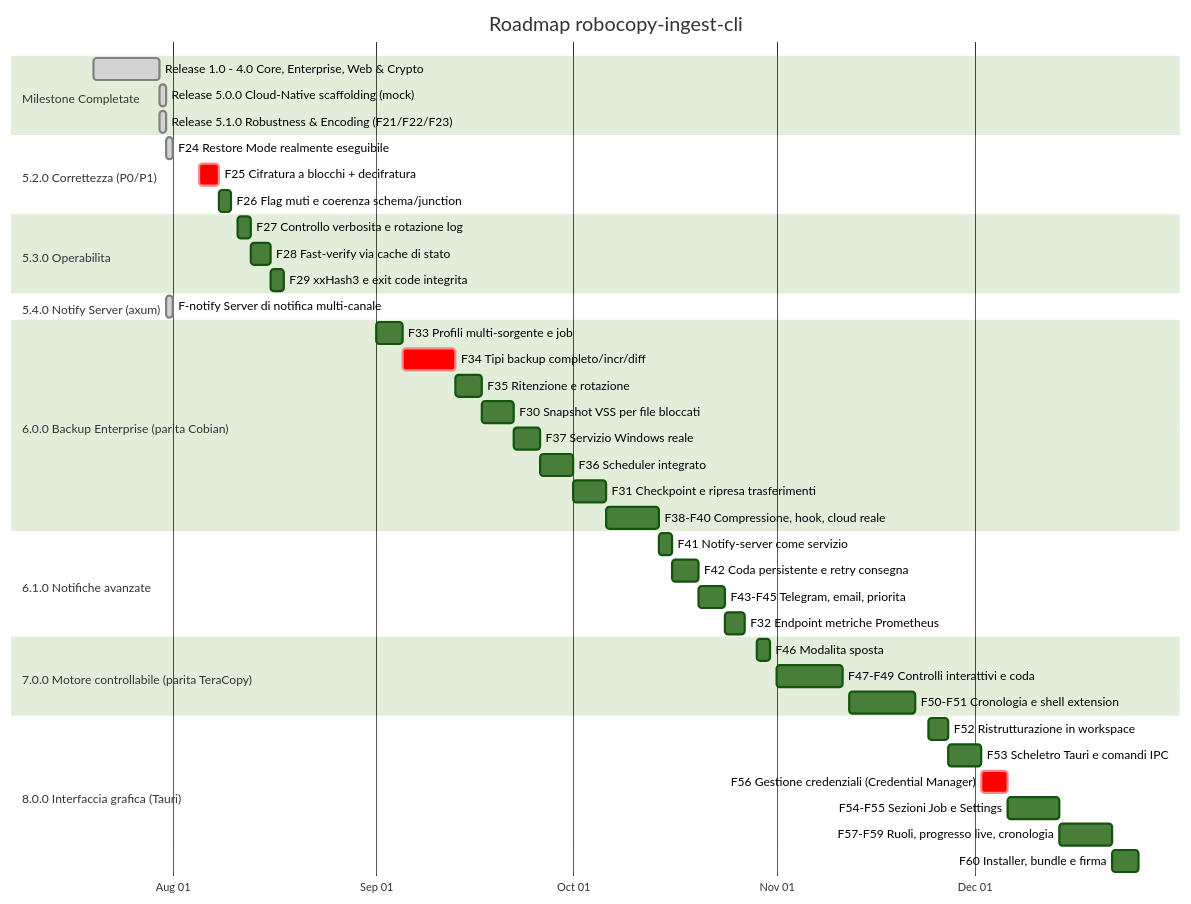
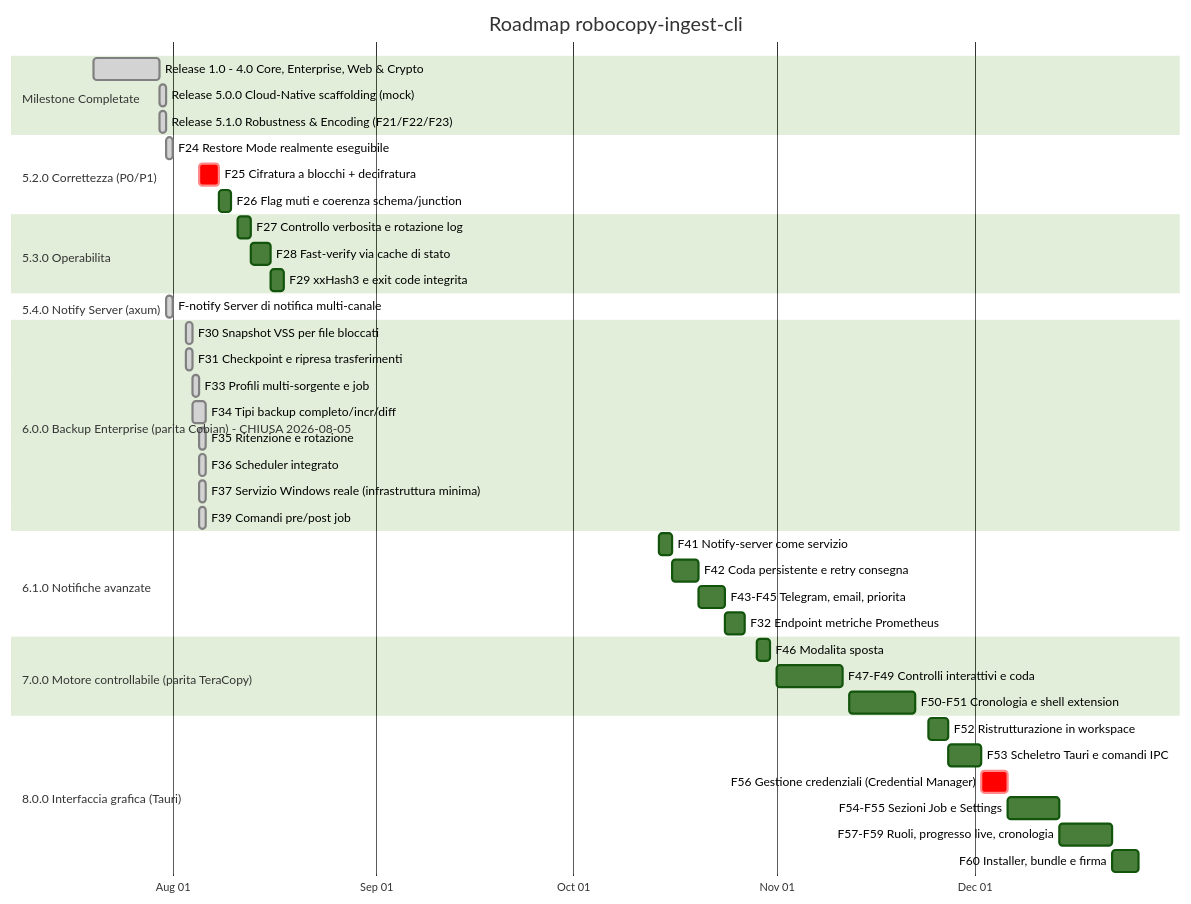
One commit to matrixNeo76/rustcopy changed the diagram in ROADMAP.md. Above: the diagram before and after it, drawn with Mermaid (forest theme). The commit also changed other lines of this file and 7 other files, not shown here.

````diff
--- a/ROADMAP.md
+++ b/ROADMAP.md
@@ -16,53 +22,53 @@
 ```mermaid
 gantt
     title Roadmap robocopy-ingest-cli
     dateFormat YYYY-MM-DD
     axisFormat %b %d
 
     section Milestone Completate
     Release 1.0 - 4.0 Core, Enterprise, Web & Crypto :done, m1, 2026-07-20, 10d
     Release 5.0.0 Cloud-Native scaffolding (mock)     :done, m2, 2026-07-30, 1d
     Release 5.1.0 Robustness & Encoding (F21/F22/F23) :done, m3, 2026-07-30, 1d
 
     section 5.2.0 Correttezza (P0/P1)
     F24 Restore Mode realmente eseguibile             :done, f24, 2026-07-31, 1d
     F25 Cifratura a blocchi + decifratura             :crit, f25, 2026-08-05, 3d
     F26 Flag muti e coerenza schema/junction          :f26, 2026-08-08, 2d
 
     section 5.3.0 Operabilita
     F27 Controllo verbosita e rotazione log           :f27, 2026-08-11, 2d
     F28 Fast-verify via cache di stato                :f28, 2026-08-13, 3d
     F29 xxHash3 e exit code integrita                 :f29, 2026-08-16, 2d
 
     section 5.4.0 Notify Server (axum)
     F-notify Server di notifica multi-canale          :done, fns, 2026-07-31, 1d
 
-    section 6.0.0 Backup Enterprise (parita Cobian)
-    F33 Profili multi-sorgente e job                  :f33, 2026-09-01, 4d
-    F34 Tipi backup completo/incr/diff                :crit, f34, 2026-09-05, 8d
-    F35 Ritenzione e rotazione                        :f35, 2026-09-13, 4d
-    F30 Snapshot VSS per file bloccati                :f30, 2026-09-17, 5d
-    F37 Servizio Windows reale                        :f37, 2026-09-22, 4d
-    F36 Scheduler integrato                           :f36, 2026-09-26, 5d
-    F31 Checkpoint e ripresa trasferimenti            :f31, 2026-10-01, 5d
-    F38-F40 Compressione, hook, cloud reale           :f38, 2026-10-06, 8d
+    section 6.0.0 Backup Enterprise (parita Cobian) - CHIUSA 2026-08-05
+    F30 Snapshot VSS per file bloccati                :done, f30, 2026-08-03, 1d
+    F31 Checkpoint e ripresa trasferimenti            :done, f31, 2026-08-03, 1d
+    F33 Profili multi-sorgente e job                  :done, f33, 2026-08-04, 1d
+    F34 Tipi backup completo/incr/diff                :done, f34, 2026-08-04, 2d
+    F35 Ritenzione e rotazione                        :done, f35, 2026-08-05, 1d
+    F36 Scheduler integrato                           :done, f36, 2026-08-05, 1d
+    F37 Servizio Windows reale (infrastruttura minima) :done, f37, 2026-08-05, 1d
+    F39 Comandi pre/post job                          :done, f39, 2026-08-05, 1d
 
     section 6.1.0 Notifiche avanzate
     F41 Notify-server come servizio                   :f41, 2026-10-14, 2d
     F42 Coda persistente e retry consegna             :f42, 2026-10-16, 4d
     F43-F45 Telegram, email, priorita                 :f43, 2026-10-20, 4d
     F32 Endpoint metriche Prometheus                  :f32, 2026-10-24, 3d
 
     section 7.0.0 Motore controllabile (parita TeraCopy)
     F46 Modalita sposta                               :f46, 2026-10-29, 2d
     F47-F49 Controlli interattivi e coda              :f47, 2026-11-01, 10d
     F50-F51 Cronologia e shell extension              :f50, 2026-11-12, 10d
 
     section 8.0.0 Interfaccia grafica (Tauri)
     F52 Ristrutturazione in workspace                 :f52, 2026-11-24, 3d
     F53 Scheletro Tauri e comandi IPC                 :f53, 2026-11-27, 5d
     F56 Gestione credenziali (Credential Manager)     :crit, f56, 2026-12-02, 4d
     F54-F55 Sezioni Job e Settings                    :f54, 2026-12-06, 8d
     F57-F59 Ruoli, progresso live, cronologia         :f57, 2026-12-14, 8d
     F60 Installer, bundle e firma                     :f60, 2026-12-22, 4d
 ```
````
